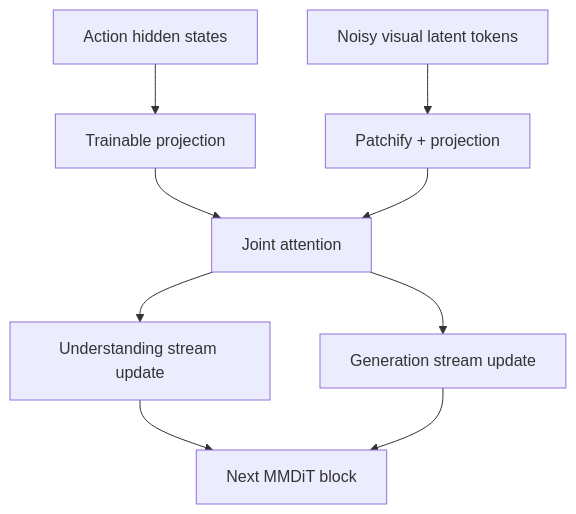
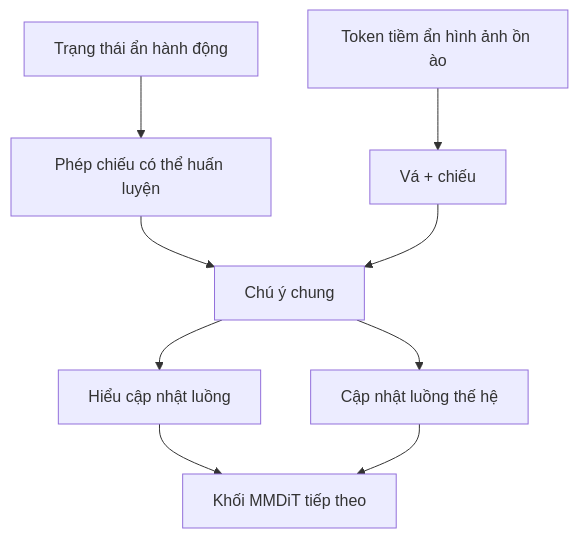
One commit to cycler04/VinRobotics-VLA changed the second of 3 diagrams in docs/research_finding/01-gwen/qwen_models/Qwen-robotworld/architecture.md. Above: the diagram before and after it, drawn with Mermaid. The commit also changed other lines of this file and 24 other files, not shown here.

````diff
--- a/docs/research_finding/01-gwen/qwen_models/Qwen-robotworld/architecture.md
+++ b/docs/research_finding/01-gwen/qwen_models/Qwen-robotworld/architecture.md
@@ -126,11 +126,11 @@
 ```mermaid
 flowchart TB
-  H[Action hidden states] --> P1[Trainable projection]
-  Z[Noisy visual latent tokens] --> P2[Patchify + projection]
-  P1 --> J[Joint attention]
+  H[Trạng thái ẩn hành động] --> P1[Phép chiếu có thể huấn luyện]
+  Z[Token tiềm ẩn hình ảnh ồn ào] --> P2[Vá + chiếu]
+  P1 --> J[Chú ý chung]
   P2 --> J
-  J --> U1[Understanding stream update]
-  J --> U2[Generation stream update]
-  U1 --> J2[Next MMDiT block]
+  J --> U1[Hiểu cập nhật luồng]
+  J --> U2[Cập nhật luồng thế hệ]
+  U1 --> J2[Khối MMDiT tiếp theo]
   U2 --> J2
 ```
````
